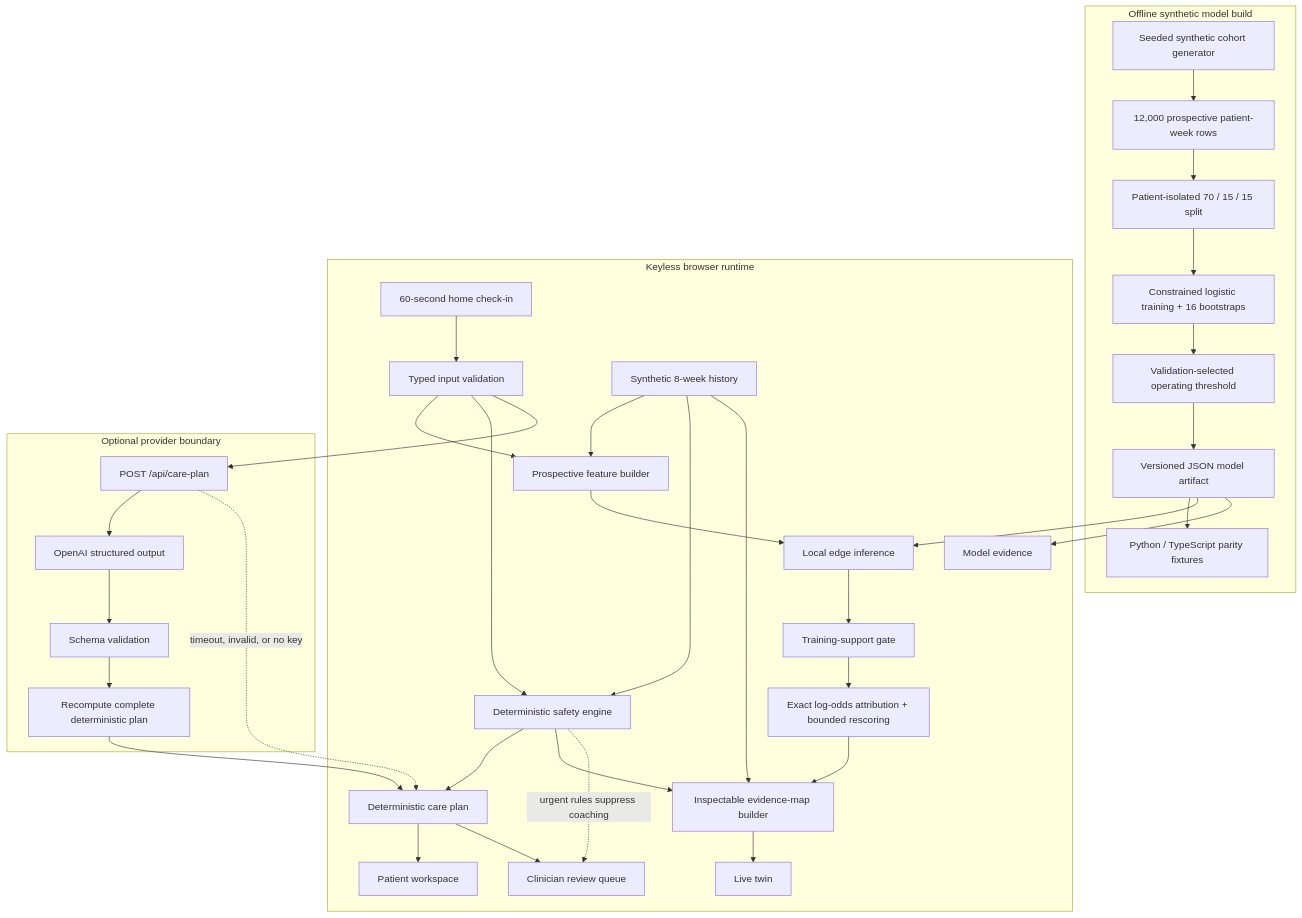
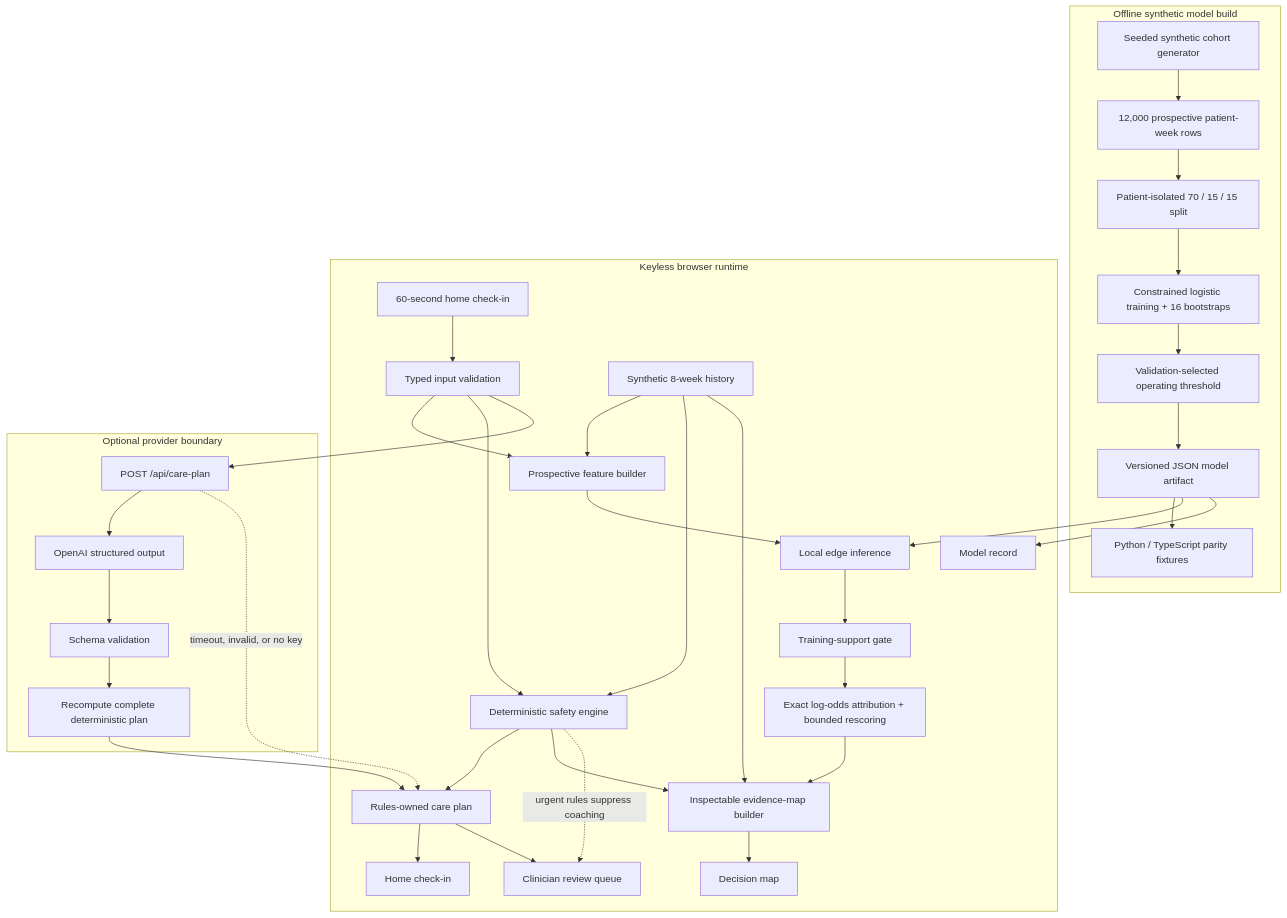
One commit to kevinmeix1/adherence-os changed the first of 2 diagrams in docs/architecture.md. Above: the diagram before and after it, drawn with Mermaid. The commit also changed 31 other files, not shown here.

````diff
--- a/docs/architecture.md
+++ b/docs/architecture.md
@@ -7,44 +7,44 @@
 ```mermaid
 flowchart TB
     subgraph Build["Offline synthetic model build"]
         Seed["Seeded synthetic cohort generator"] --> Cohort["12,000 prospective patient-week rows"]
         Cohort --> Split["Patient-isolated 70 / 15 / 15 split"]
         Split --> Train["Constrained logistic training + 16 bootstraps"]
         Train --> Select["Validation-selected operating threshold"]
         Select --> Artifact["Versioned JSON model artifact"]
         Artifact --> Parity["Python / TypeScript parity fixtures"]
     end
 
     subgraph Runtime["Keyless browser runtime"]
         CheckIn["60-second home check-in"] --> Validate["Typed input validation"]
         History["Synthetic 8-week history"] --> Features["Prospective feature builder"]
         Validate --> Features
         Features --> Model["Local edge inference"]
         Artifact --> Model
         Model --> Support["Training-support gate"]
         Support --> Explain["Exact log-odds attribution + bounded rescoring"]
 
         Validate --> Safety["Deterministic safety engine"]
         History --> Safety
-        Safety --> Plan["Deterministic care plan"]
+        Safety --> Plan["Rules-owned care plan"]
 
         Explain --> Graph["Inspectable evidence-map builder"]
         Safety --> Graph
         History --> Graph
-        Graph --> Live["Live twin"]
-        Plan --> Patient["Patient workspace"]
+        Graph --> Live["Decision map"]
+        Plan --> Patient["Home check-in"]
         Plan --> Queue["Clinician review queue"]
-        Artifact --> Lab["Model evidence"]
+        Artifact --> Lab["Model record"]
     end
 
     subgraph Optional["Optional provider boundary"]
         API["POST /api/care-plan"] --> LLM["OpenAI structured output"]
         LLM --> Schema["Schema validation"]
         Schema --> Recompute["Recompute complete deterministic plan"]
     end
 
     Validate --> API
     Recompute --> Plan
     API -. "timeout, invalid, or no key" .-> Plan
     Safety -. "urgent rules suppress coaching" .-> Queue
 ```
````
